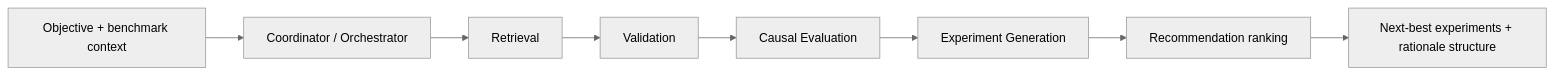
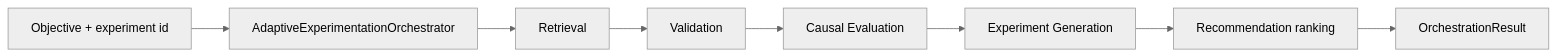
Before and after one commit to anushkamathur14-cloud/Dell-Capstone: the first of 2 diagrams in docs/agent_architecture.md, drawn with Mermaid (neutral theme). The commit also changed other lines of this file and 7 other files, not shown here.

First line of the commit message:
Clarify coordinator vs orchestrator and widen OrchestrationResult contract

````diff
--- a/docs/agent_architecture.md
+++ b/docs/agent_architecture.md
@@ -23,10 +35,10 @@
 ```mermaid
 flowchart LR
-  U[Objective + benchmark context] --> C[Coordinator / Orchestrator]
-  C --> R[Retrieval]
+  U[Objective + experiment id] --> O[AdaptiveExperimentationOrchestrator]
+  O --> R[Retrieval]
   R --> V[Validation]
   V --> E[Causal Evaluation]
   E --> G[Experiment Generation]
   G --> Rank[Recommendation ranking]
-  Rank --> Out[Next-best experiments + rationale structure]
+  Rank --> Out[OrchestrationResult]
 ```
````
